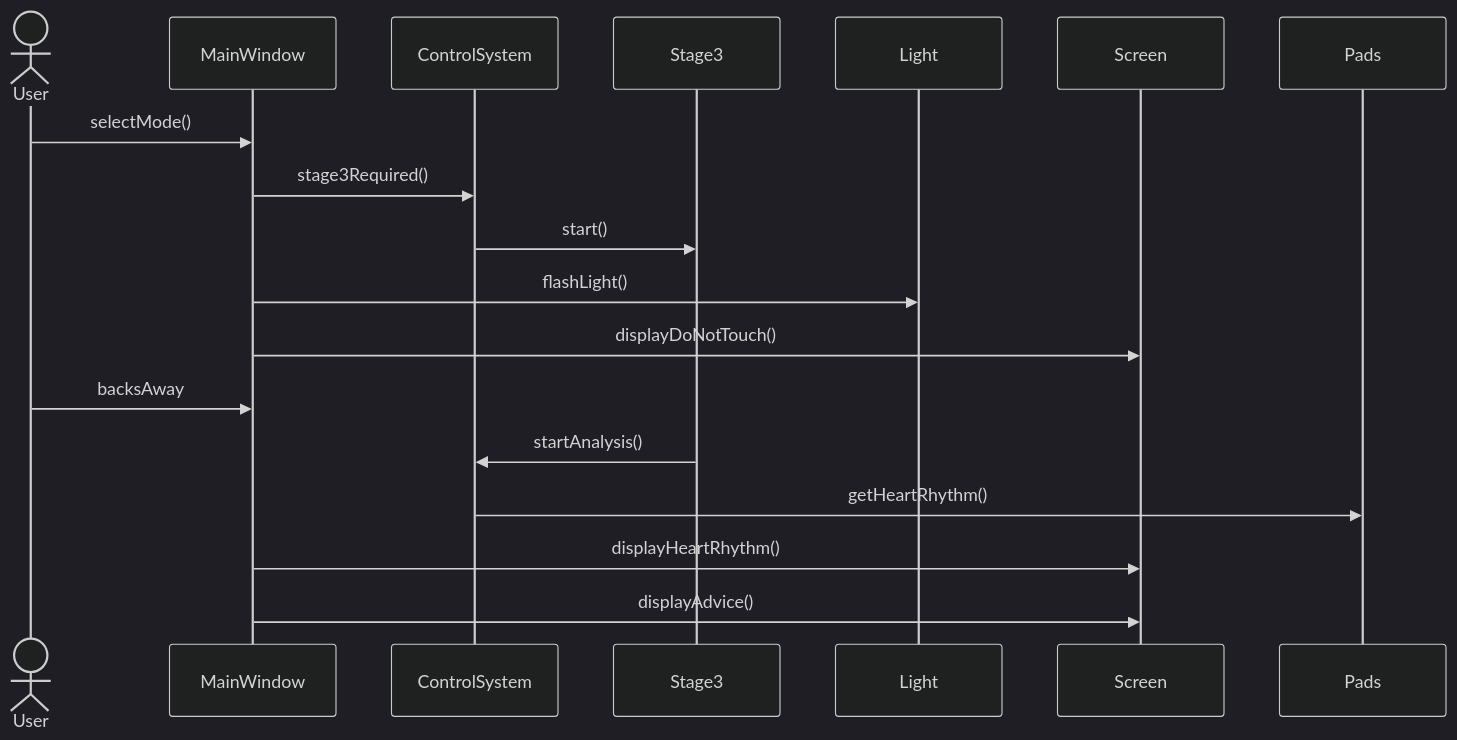
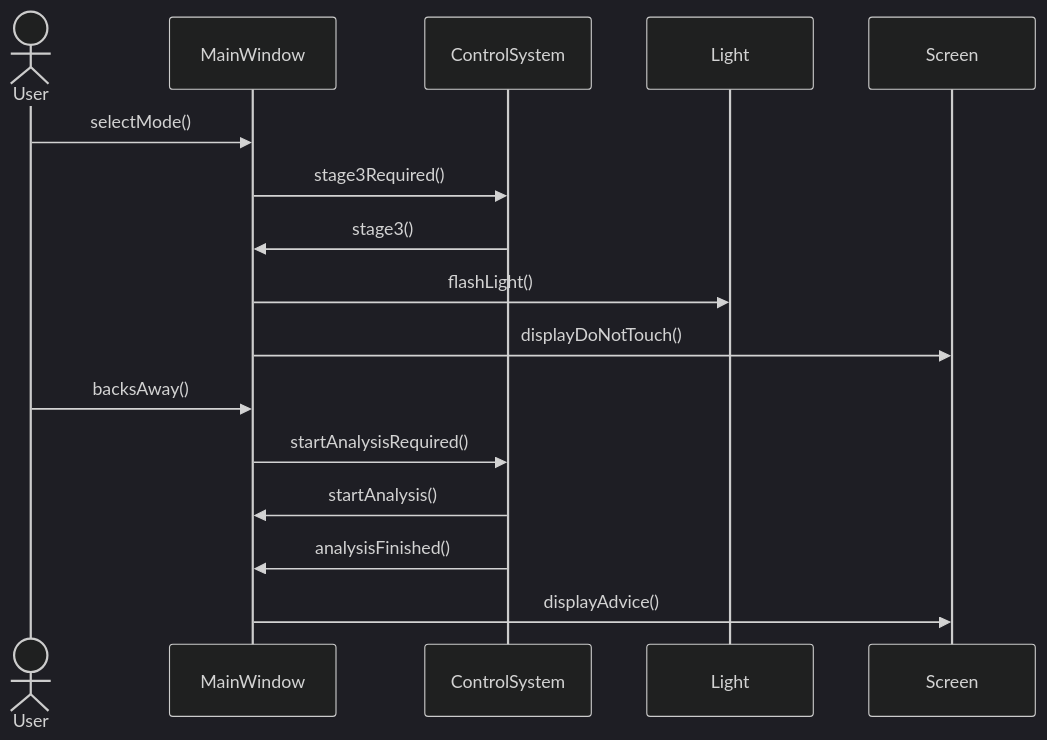
One commit to SaturnOperator/AED-System changed the third of 8 diagrams in README.md. Above: the diagram before and after it, drawn with Mermaid (dark theme). The commit also changed other lines of this file and 1 other file, not shown here.

First line of the commit message:
Revert "Merge branch 'main' of github.com:SaturnOperator/AED-System"

````diff
--- a/README.md
+++ b/README.md
@@ -76,14 +79,18 @@
 ```mermaid
 sequenceDiagram
 actor User
+participant MainWindow
+participant ControlSystem
+participant Light
+participant Screen
     User->>MainWindow: selectMode()
     MainWindow->>ControlSystem: stage3Required()
-    ControlSystem->>Stage3: start()
+    ControlSystem->>MainWindow: stage3()
     MainWindow->>Light: flashLight()
     MainWindow->>Screen: displayDoNotTouch()
-    User->>MainWindow: backsAway
-    Stage3->>ControlSystem: startAnalysis()
-    ControlSystem->>Pads: getHeartRhythm()
-    MainWindow->>Screen: displayHeartRhythm()
+    User->>MainWindow: backsAway()
+    MainWindow->>ControlSystem: startAnalysisRequired()
+    ControlSystem->>MainWindow: startAnalysis()
+    ControlSystem->>MainWindow: analysisFinished()
     MainWindow->>Screen: displayAdvice()
 ```
````
